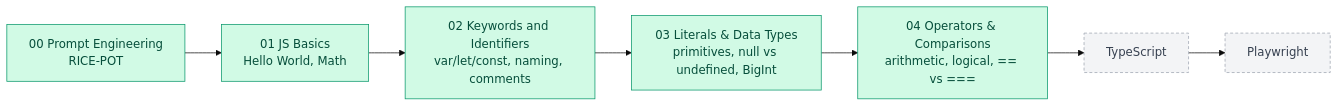
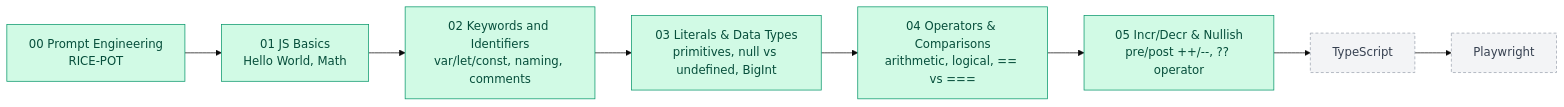
The first of 14 diagrams in README.md (vmmukundhanleo/Learn_JSTS_Playwright_4X), drawn with Mermaid (base theme) before and after one commit. The commit also changed other lines of this file and 21 other files, not shown here.

````diff
--- a/README.md
+++ b/README.md
@@ -50,13 +61,14 @@
 ```mermaid
 flowchart LR
     C0["00 Prompt Engineering<br/>RICE-POT"]:::done --> C1["01 JS Basics<br/>Hello World, Math"]:::done
     C1 --> C2["02 Keywords and Identifiers<br/>var/let/const, naming, comments"]:::done
     C2 --> C3["03 Literals & Data Types<br/>primitives, null vs undefined, BigInt"]:::done
     C3 --> C4["04 Operators & Comparisons<br/>arithmetic, logical, == vs ==="]:::done
-    C4 --> TS["TypeScript"]:::planned
+    C4 --> C5["05 Incr/Decr & Nullish<br/>pre/post ++/--, ?? operator"]:::done
+    C5 --> TS["TypeScript"]:::planned
     TS --> PW["Playwright"]:::planned
 
     classDef done fill:#d1fae5,stroke:#059669,color:#064e3b
     classDef progress fill:#fef3c7,stroke:#d97706,color:#78350f
     classDef planned fill:#f3f4f6,stroke:#9ca3af,color:#374151,stroke-dasharray: 4 3
 ```
````
